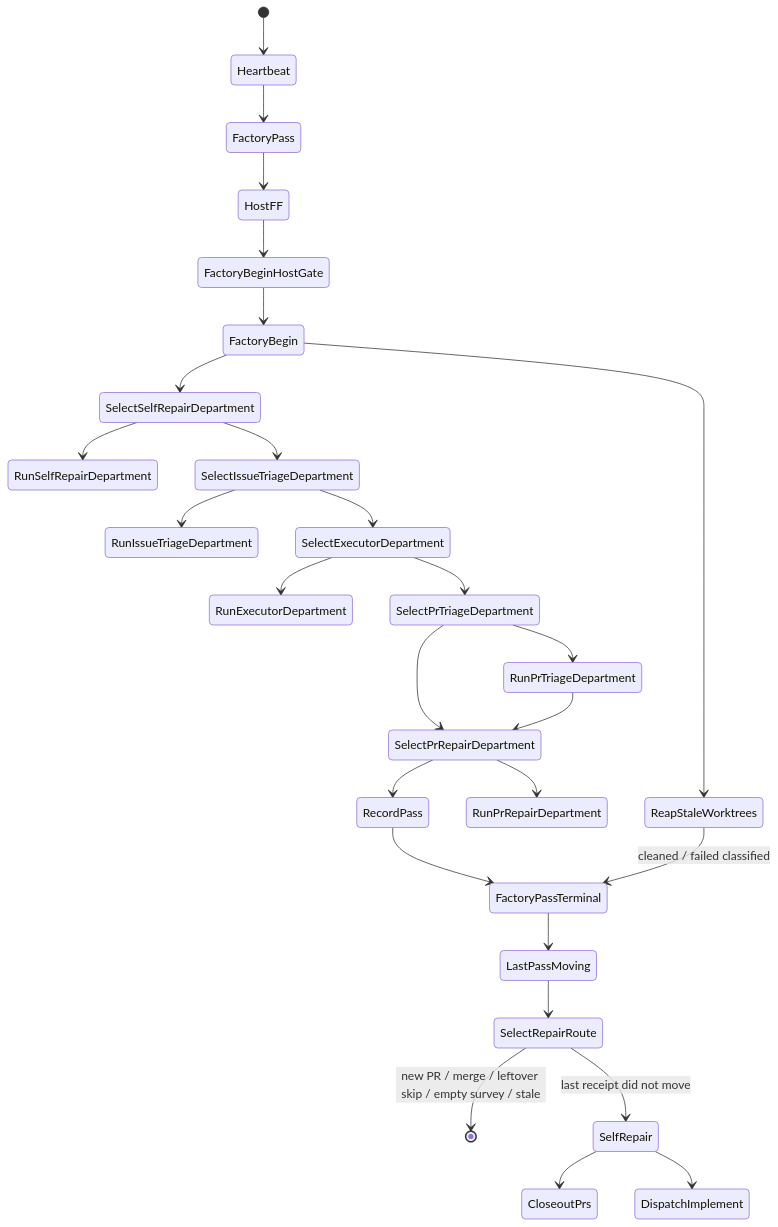
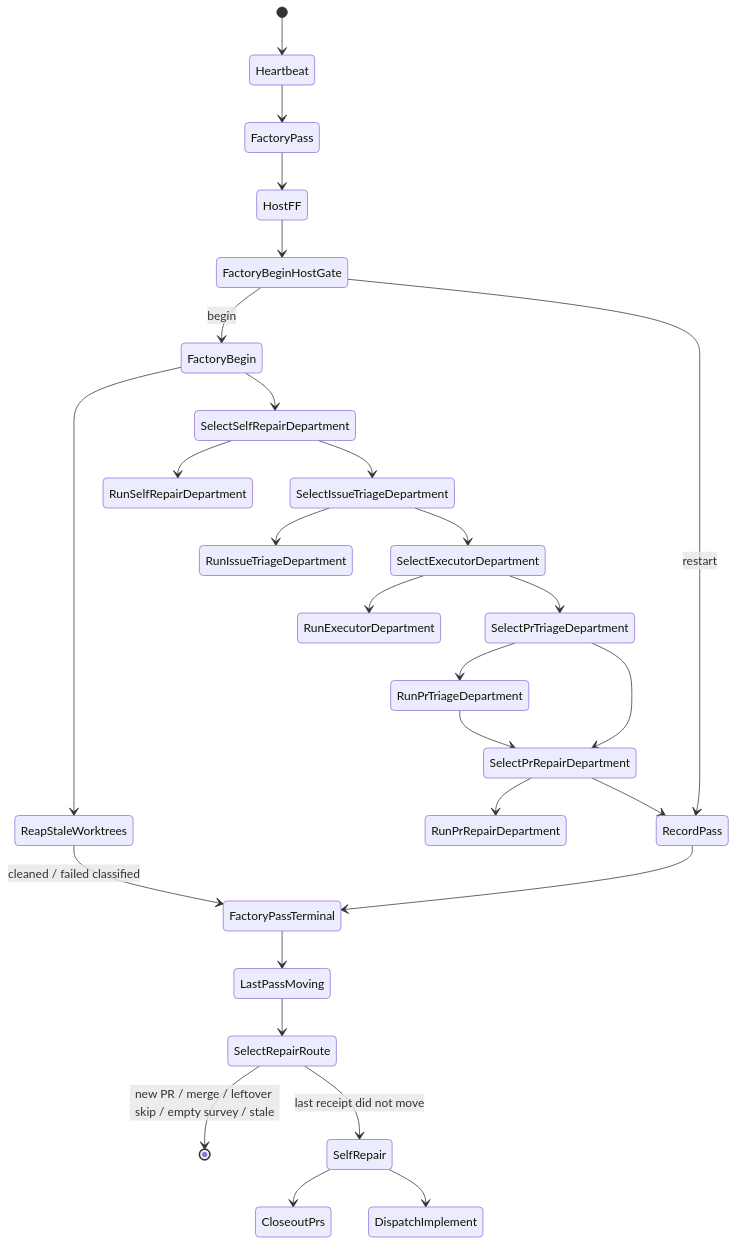
One commit to mikolaj92/lokay changed the first of 47 diagrams in README.md. Above: the diagram before and after it, drawn with Mermaid. The commit also changed 14 other files, not shown here.

First line of the commit message:
Stop product after host-ff restart

````diff
--- a/README.md
+++ b/README.md
@@ -79,29 +79,30 @@
 ```mermaid
 stateDiagram-v2
     [*] --> Heartbeat
     Heartbeat --> FactoryPass
     FactoryPass --> HostFF
     HostFF --> FactoryBeginHostGate
-    FactoryBeginHostGate --> FactoryBegin
+    FactoryBeginHostGate --> FactoryBegin: begin
+    FactoryBeginHostGate --> RecordPass: restart
     FactoryBegin --> ReapStaleWorktrees
     FactoryBegin --> SelectSelfRepairDepartment
     SelectSelfRepairDepartment --> RunSelfRepairDepartment
     SelectSelfRepairDepartment --> SelectIssueTriageDepartment
     SelectIssueTriageDepartment --> RunIssueTriageDepartment
     SelectIssueTriageDepartment --> SelectExecutorDepartment
     SelectExecutorDepartment --> RunExecutorDepartment
     SelectExecutorDepartment --> SelectPrTriageDepartment
     SelectPrTriageDepartment --> RunPrTriageDepartment
     SelectPrTriageDepartment --> SelectPrRepairDepartment
     RunPrTriageDepartment --> SelectPrRepairDepartment
     SelectPrRepairDepartment --> RunPrRepairDepartment
     SelectPrRepairDepartment --> RecordPass
     RecordPass --> FactoryPassTerminal
     ReapStaleWorktrees --> FactoryPassTerminal: cleaned / failed classified
     FactoryPassTerminal --> LastPassMoving
     LastPassMoving --> SelectRepairRoute
     SelectRepairRoute --> [*]: new PR / merge / leftover skip / empty survey / stale
     SelectRepairRoute --> SelfRepair: last receipt did not move
     SelfRepair --> CloseoutPrs
     SelfRepair --> DispatchImplement
 ```
````
